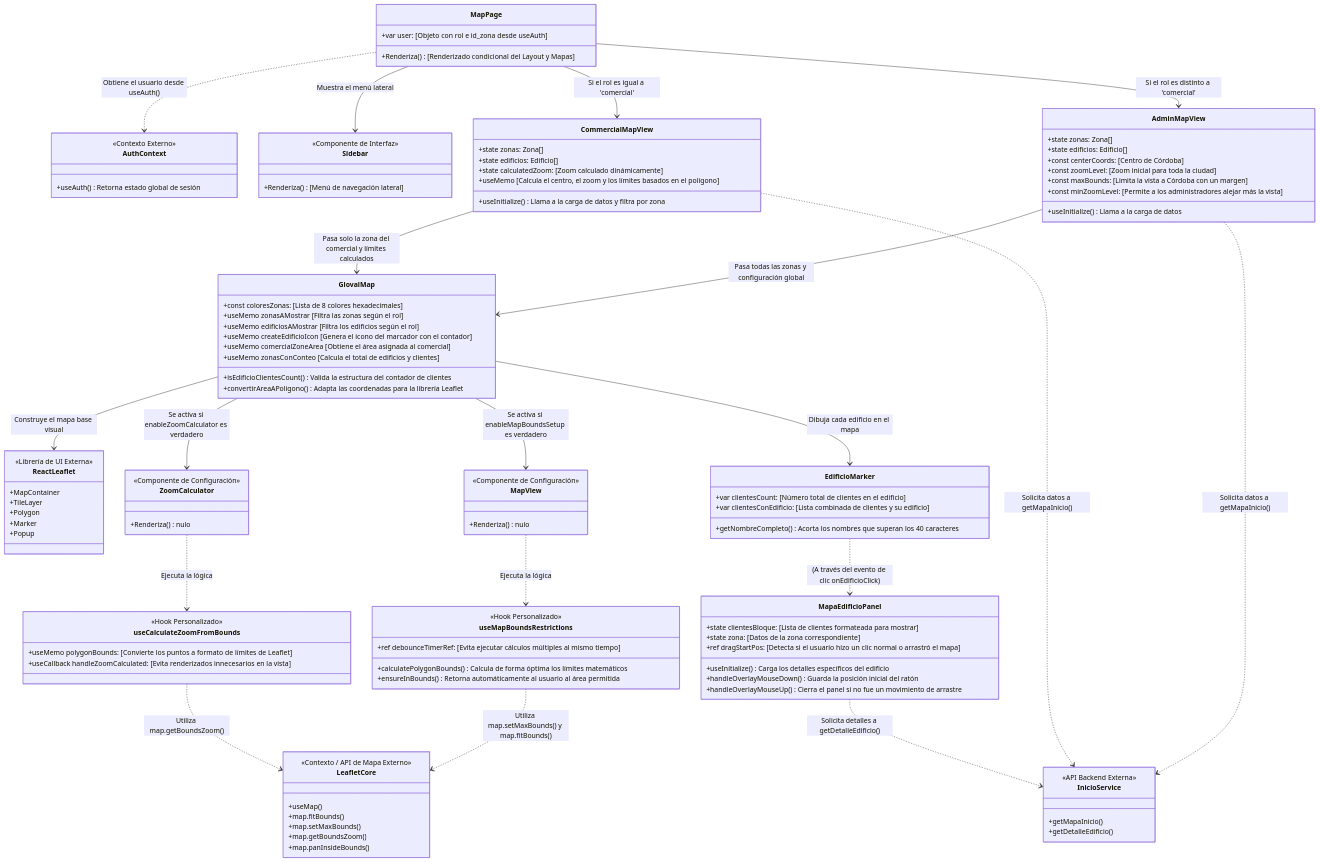
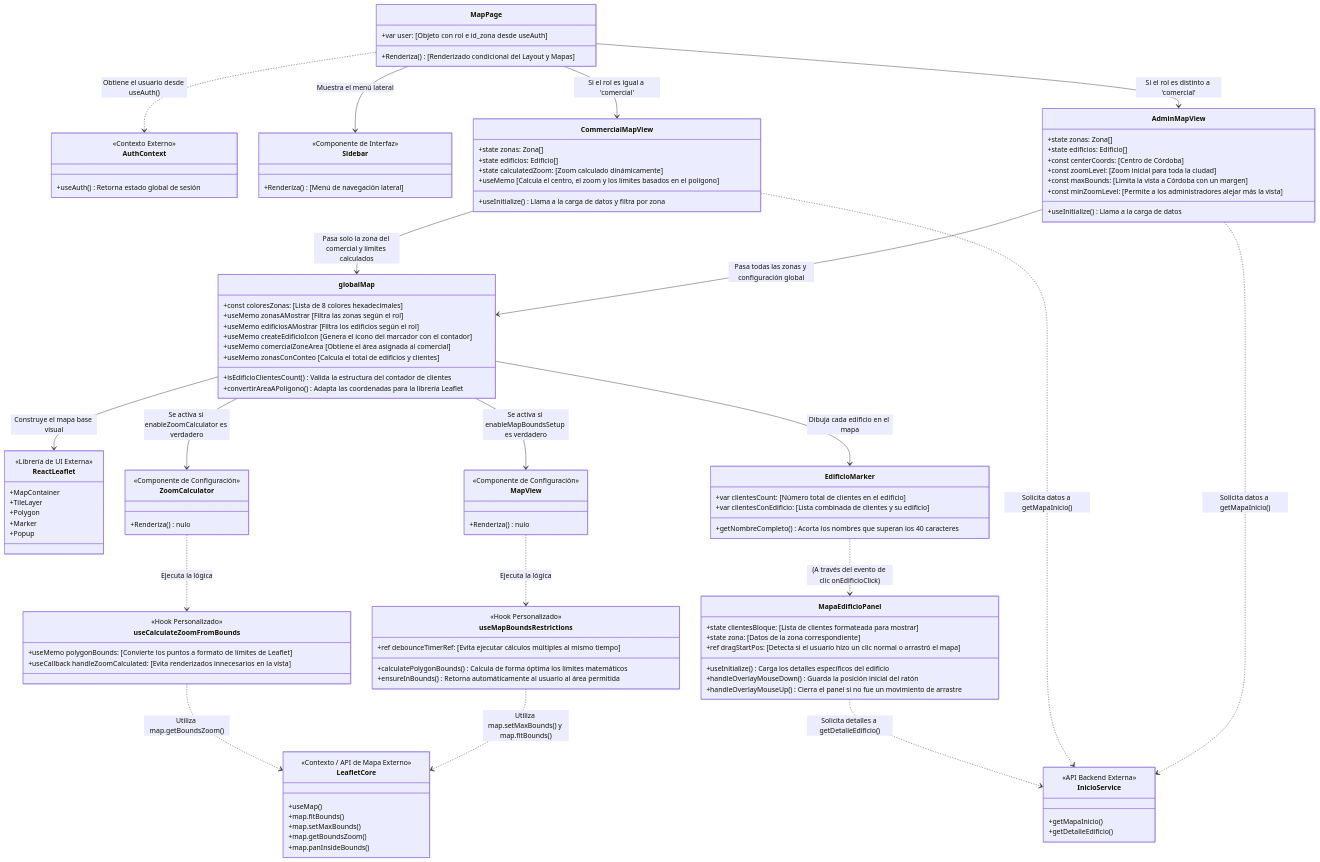
Before and after one commit to AlbertoRomeroPino/Leadchain-frontend: the diagram in README.md, drawn with Mermaid. The commit also changed other lines of this file and 7 other files, not shown here.

```diff
--- a/README.md
+++ b/README.md
@@ -522,7 +522,7 @@
     %% ==========================================
     %% MOTOR VISUAL CENTRAL
     %% ==========================================
-    class GlovalMap {
+    class globalMap {
         +const coloresZonas: [Lista de 8 colores hexadecimales]
         +useMemo zonasAMostrar [Filtra las zonas según el rol]
         +useMemo edificiosAMostrar [Filtra los edificios según el rol]
@@ -596,14 +596,14 @@
     MapaEdificioPanel ..> InicioService : Solicita detalles a getDetalleEdificio()
   
     %% Flujo de renderizado principal (Padres a Hijos)
-    AdminMapView --> GlovalMap : Pasa todas las zonas y configuración global
-    CommercialMapView --> GlovalMap : Pasa solo la zona del comercial y límites calculados
+    AdminMapView --> globalMap : Pasa todas las zonas y configuración global
+    CommercialMapView --> globalMap : Pasa solo la zona del comercial y límites calculados
   
-    %% GlovalMap hacia la interfaz y librerías externas
-    GlovalMap --> ReactLeaflet : Construye el mapa base visual
-    GlovalMap --> MapView : Se activa si enableMapBoundsSetup es verdadero
-    GlovalMap --> ZoomCalculator : Se activa si enableZoomCalculator es verdadero
-    GlovalMap --> EdificioMarker : Dibuja cada edificio en el mapa
+    %% globalMap hacia la interfaz y librerías externas
+    globalMap --> ReactLeaflet : Construye el mapa base visual
+    globalMap --> MapView : Se activa si enableMapBoundsSetup es verdadero
+    globalMap --> ZoomCalculator : Se activa si enableZoomCalculator es verdadero
+    globalMap --> EdificioMarker : Dibuja cada edificio en el mapa
   
     %% Interacción de clics
     EdificioMarker ..> MapaEdificioPanel : (A través del evento de clic onEdificioClick)
```
